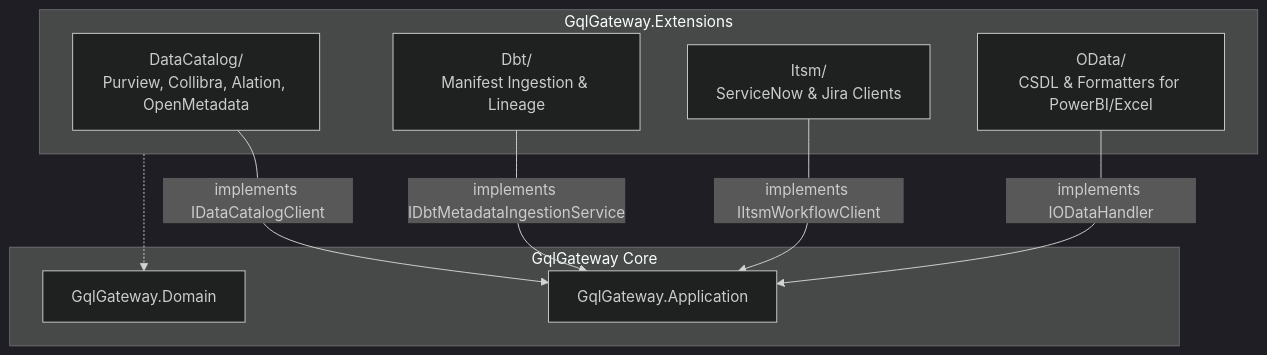
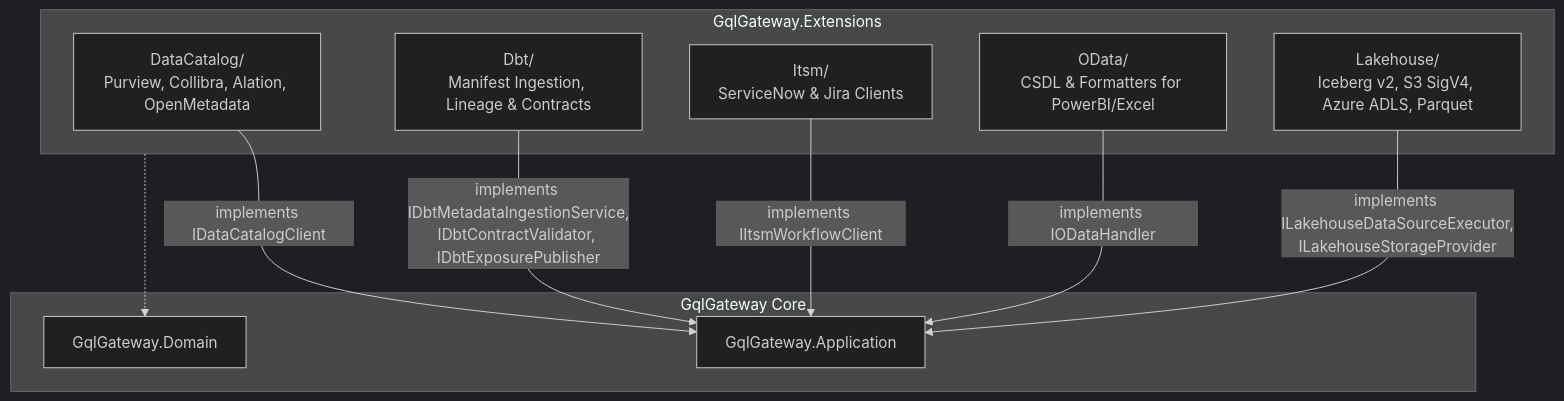
One commit to themulle/gql_extensions changed the diagram in docs/architecture-overview.md. Above: the diagram before and after it, drawn with Mermaid (dark theme). The commit also changed other lines of this file and 8 other files, not shown here.

Commit message:
feat(dbt): implement contract validation, proposal approval lifecycle and update lakehouse factory providers

````diff
--- a/docs/architecture-overview.md
+++ b/docs/architecture-overview.md
@@ -24,20 +24,22 @@
 ```mermaid
 graph TD
     subgraph CoreGateway ["GqlGateway Core"]
         CoreDomain["GqlGateway.Domain"]
         CoreApp["GqlGateway.Application"]
     end
 
     subgraph Extensions ["GqlGateway.Extensions"]
         DC["DataCatalog/<br/>Purview, Collibra, Alation, OpenMetadata"]
-        DBT["Dbt/<br/>Manifest Ingestion & Lineage"]
+        DBT["Dbt/<br/>Manifest Ingestion, Lineage & Contracts"]
         ITSM["Itsm/<br/>ServiceNow & Jira Clients"]
         ODATA["OData/<br/>CSDL & Formatters for PowerBI/Excel"]
+        LAKE["Lakehouse/<br/>Iceberg v2, S3 SigV4, Azure ADLS, Parquet"]
     end
 
     DC -->|implements IDataCatalogClient| CoreApp
-    DBT -->|implements IDbtMetadataIngestionService| CoreApp
+    DBT -->|implements IDbtMetadataIngestionService,<br/>IDbtContractValidator, IDbtExposurePublisher| CoreApp
     ITSM -->|implements IItsmWorkflowClient| CoreApp
     ODATA -->|implements IODataHandler| CoreApp
+    LAKE -->|implements ILakehouseDataSourceExecutor,<br/>ILakehouseStorageProvider| CoreApp
     Extensions -.-> CoreDomain
 ```
````
